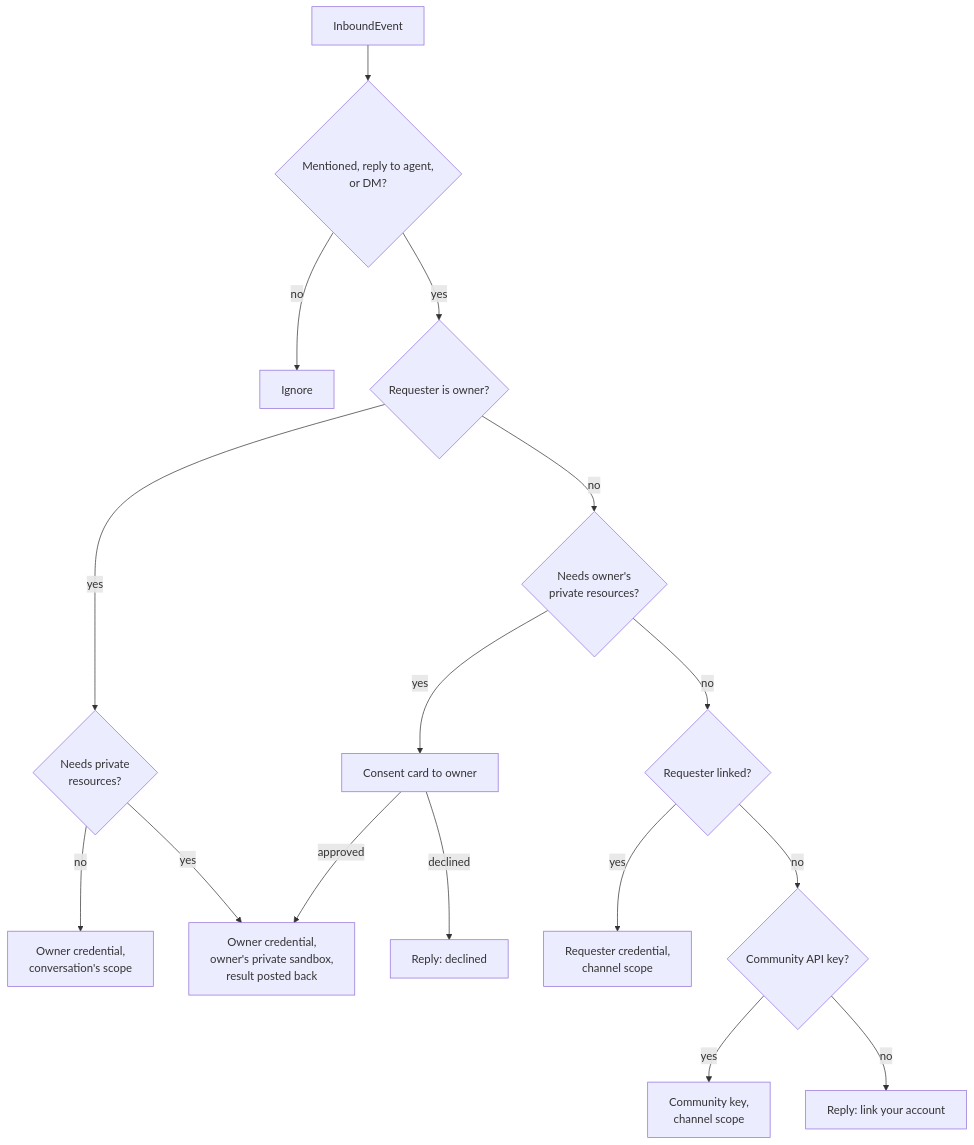
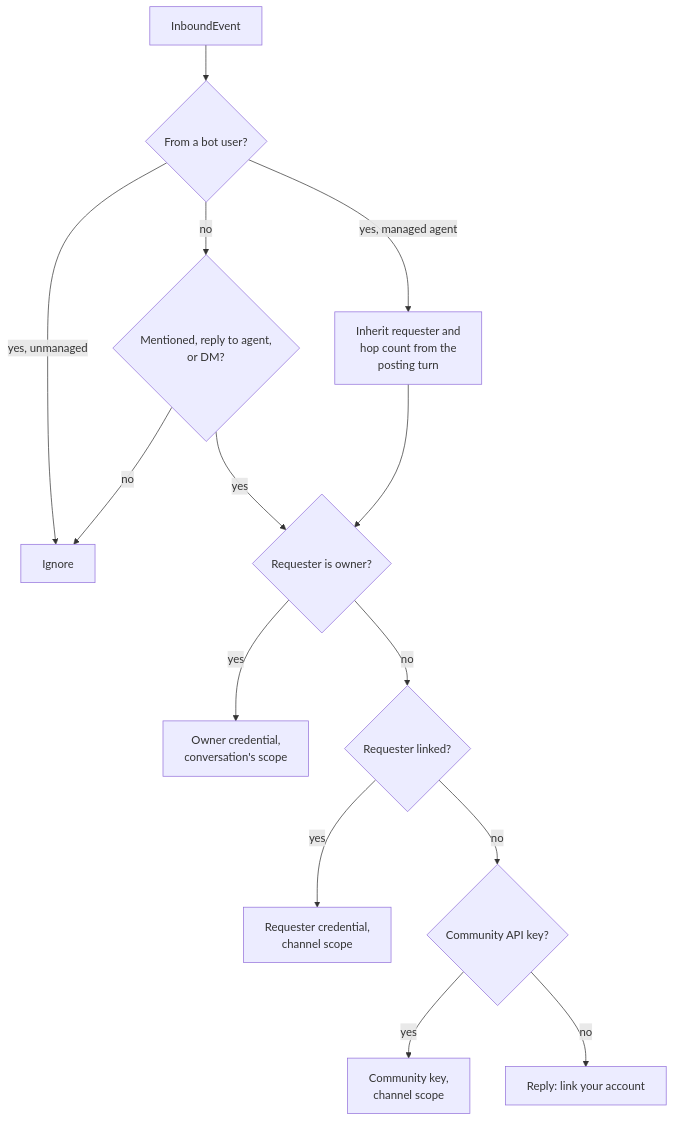
The fourth of 7 diagrams in docs/design.md (agentsky/agent-core), drawn with Mermaid before and after one commit. The commit also changed other lines of this file, not shown here.

````diff
--- a/docs/design.md
+++ b/docs/design.md
@@ -232,18 +299,16 @@
 ```mermaid
 flowchart TD
-    E["InboundEvent"] --> G{"Mentioned, reply to agent,<br/>or DM?"}
-    G -- no --> X["Ignore"]
+    E["InboundEvent"] --> B{"From a bot user?"}
+    B -->|"yes, unmanaged"| X["Ignore"]
+    B -->|"yes, managed agent"| H["Inherit requester and<br/>hop count from the<br/>posting turn"]
+    B -- no --> G{"Mentioned, reply to agent,<br/>or DM?"}
+    G -- no --> X
     G -- yes --> O{"Requester is owner?"}
-    O -- yes --> OP{"Needs private<br/>resources?"}
-    OP -- no --> OC["Owner credential,<br/>conversation's scope"]
-    OP -- yes --> OW["Owner credential,<br/>owner's private sandbox,<br/>result posted back"]
-    O -- no --> P{"Needs owner's<br/>private resources?"}
-    P -- yes --> CN["Consent card to owner"]
-    CN -- approved --> OW
-    CN -- declined --> DN["Reply: declined"]
-    P -- no --> L{"Requester linked?"}
+    H --> O
+    O -- yes --> OC["Owner credential,<br/>conversation's scope"]
+    O -- no --> L{"Requester linked?"}
     L -- yes --> RQ["Requester credential,<br/>channel scope"]
     L -- no --> K{"Community API key?"}
     K -- yes --> CK["Community key,<br/>channel scope"]
     K -- no --> LK["Reply: link your account"]
 ```
````
